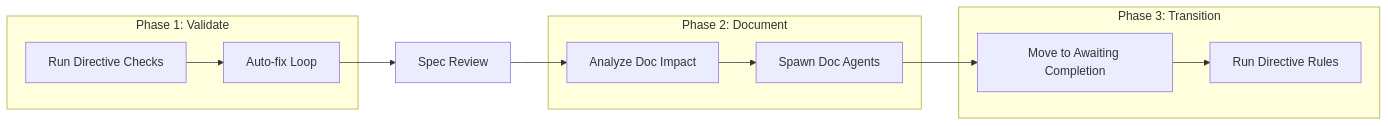
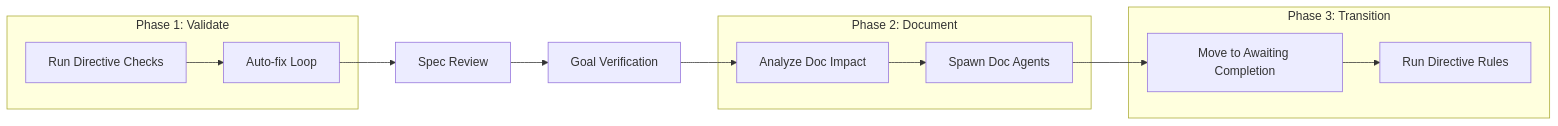
Before and after one commit to mattfletcher94/festinalente: the diagram in .festinalente/product/skills/finalize.md, drawn with Mermaid. The commit also changed other lines of this file, not shown here.

Commit message:
docs(#55): product - finalize goal verification

````diff
--- a/.festinalente/product/skills/finalize.md
+++ b/.festinalente/product/skills/finalize.md
@@ -29,24 +29,25 @@
 ```mermaid
 flowchart LR
     subgraph "Phase 1: Validate"
         Checks[Run Directive Checks]
         Fix[Auto-fix Loop]
     end
 
     subgraph "Phase 2: Document"
         Analyze[Analyze Doc Impact]
         Agents[Spawn Doc Agents]
     end
 
     subgraph "Phase 3: Transition"
         Await[Move to Awaiting Completion]
         Directives[Run Directive Rules]
     end
 
     Checks --> Fix
     Fix --> Review[Spec Review]
-    Review --> Analyze
+    Review --> Goal[Goal Verification]
+    Goal --> Analyze
     Analyze --> Agents
     Agents --> Await
     Await --> Directives
 ```
````
